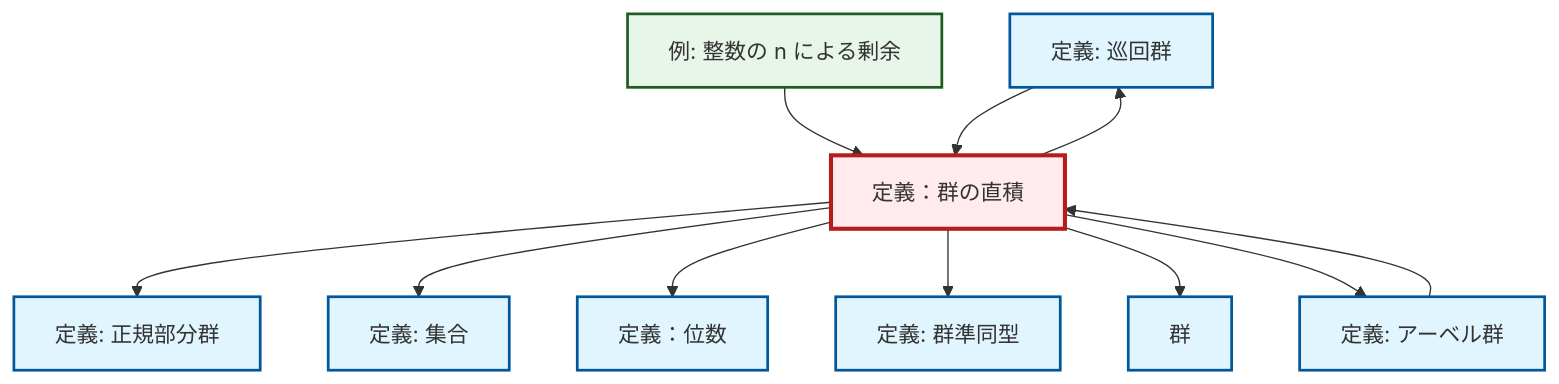
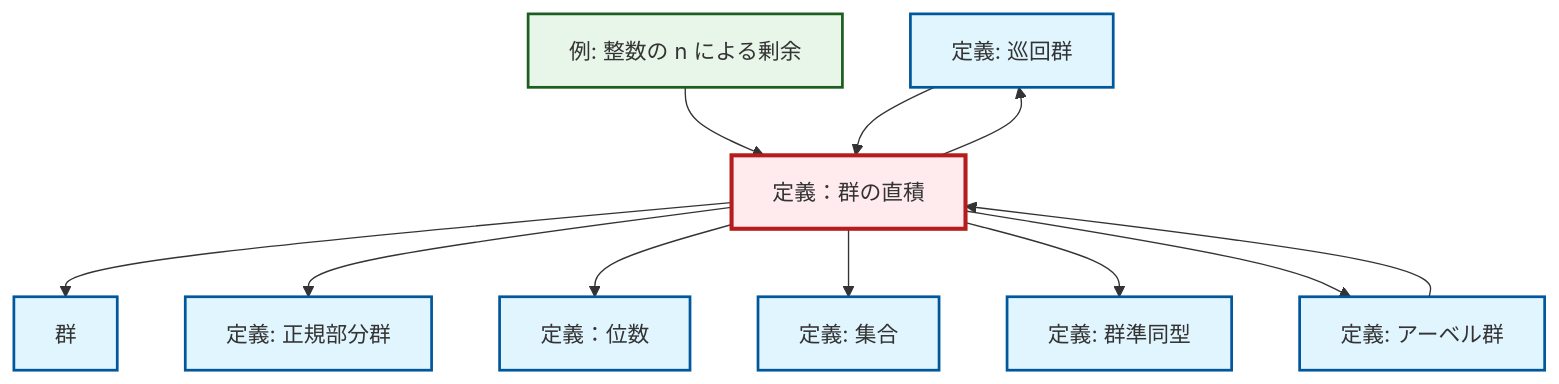
The diagram in content/ja/algebra/def-direct-product.qmd (RK0429/ModernMath), drawn with Mermaid before and after one commit. The commit also changed other lines of this file and 328 other files, not shown here.

````diff
--- a/content/ja/algebra/def-direct-product.qmd
+++ b/content/ja/algebra/def-direct-product.qmd
@@ -25,37 +25,37 @@
 ```{mermaid}
 %%| fig-cap: "ローカル依存関係グラフ"
 graph TD
     classDef definition fill:#e1f5fe,stroke:#01579b,stroke-width:2px
     classDef theorem fill:#f3e5f5,stroke:#4a148c,stroke-width:2px
     classDef axiom fill:#fff3e0,stroke:#e65100,stroke-width:2px
     classDef example fill:#e8f5e9,stroke:#1b5e20,stroke-width:2px
     classDef current fill:#ffebee,stroke:#b71c1c,stroke-width:3px
+    def-normal-subgroup["定義: 正規部分群"]:::definition
+    def-order["定義：位数"]:::definition
+    def-cyclic-group["定義: 巡回群"]:::definition
+    ex-quotient-integers-mod-n["例: 整数の n による剰余"]:::example
+    def-abelian-group["定義: アーベル群"]:::definition
+    def-direct-product["定義：群の直積"]:::definition
     def-set["定義: 集合"]:::definition
-    def-normal-subgroup["定義: 正規部分群"]:::definition
-    def-cyclic-group["定義: 巡回群"]:::definition
-    def-order["定義：位数"]:::definition
-    def-direct-product["定義：群の直積"]:::definition
-    ex-quotient-integers-mod-n["例: 整数の n による剰余"]:::example
+    def-group["群"]:::definition
     def-homomorphism["定義: 群準同型"]:::definition
-    def-group["群"]:::definition
-    def-abelian-group["定義: アーベル群"]:::definition
+    def-direct-product --> def-group
     def-direct-product --> def-normal-subgroup
     ex-quotient-integers-mod-n --> def-direct-product
+    def-direct-product --> def-order
     def-direct-product --> def-set
-    def-direct-product --> def-order
+    def-direct-product --> def-homomorphism
     def-cyclic-group --> def-direct-product
+    def-direct-product --> def-cyclic-group
     def-abelian-group --> def-direct-product
-    def-direct-product --> def-homomorphism
-    def-direct-product --> def-cyclic-group
-    def-direct-product --> def-group
     def-direct-product --> def-abelian-group
     class def-direct-product current
+    click def-normal-subgroup "def-normal-subgroup.html" "正規部分群の定義へ"
+    click def-order "def-order.html" "定義：位数へ"
+    click def-cyclic-group "def-cyclic-group.html" "巡回群の定義へ"
+    click ex-quotient-integers-mod-n "ex-quotient-integers-mod-n.html" "整数の n による剰余の例へ"
+    click def-abelian-group "def-abelian-group.html" "アーベル群の定義へ"
     click def-set "def-set.html" "集合の定義へ"
-    click def-normal-subgroup "def-normal-subgroup.html" "正規部分群の定義へ"
-    click def-cyclic-group "def-cyclic-group.html" "巡回群の定義へ"
-    click def-order "def-order.html" "定義：位数へ"
-    click ex-quotient-integers-mod-n "ex-quotient-integers-mod-n.html" "整数の n による剰余の例へ"
+    click def-group "def-group.html" "群へ"
     click def-homomorphism "def-homomorphism.html" "群準同型の定義へ"
-    click def-group "def-group.html" "群へ"
-    click def-abelian-group "def-abelian-group.html" "アーベル群の定義へ"
 ```
````
